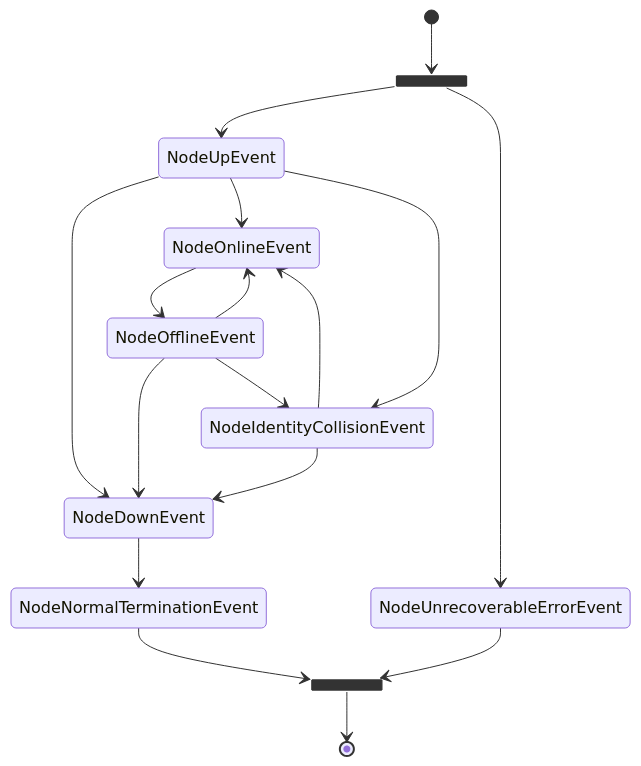
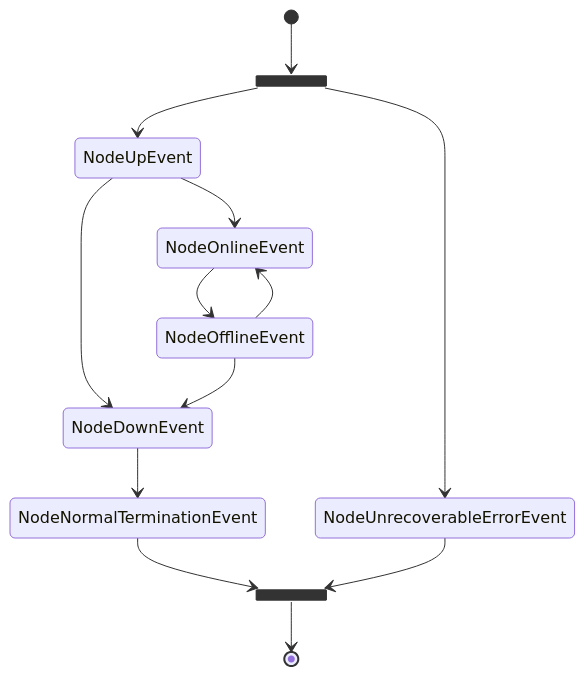
Before and after one commit to drasyl/drasyl: the diagram in docs/content/architecture/diagrams.md, drawn with Mermaid. The commit also changed other lines of this file and 242 other files, not shown here.

````diff
--- a/docs/content/architecture/diagrams.md
+++ b/docs/content/architecture/diagrams.md
@@ -7,22 +7,18 @@
 ```mermaid
 stateDiagram-v2
     state started <<fork>>
         [*] --> started
         started --> NodeUpEvent
         NodeUpEvent --> NodeDownEvent
         NodeUpEvent --> NodeOnlineEvent
         NodeOnlineEvent --> NodeOfflineEvent
         NodeOfflineEvent --> NodeOnlineEvent
         NodeOfflineEvent --> NodeDownEvent
-        NodeOfflineEvent --> NodeIdentityCollisionEvent
-        NodeUpEvent --> NodeIdentityCollisionEvent
-        NodeIdentityCollisionEvent --> NodeOnlineEvent
-        NodeIdentityCollisionEvent --> NodeDownEvent
         NodeDownEvent --> NodeNormalTerminationEvent
         started --> NodeUnrecoverableErrorEvent
 
     state join <<join>>
         NodeNormalTerminationEvent --> join
         NodeUnrecoverableErrorEvent --> join
         join --> [*]
 ```
````
